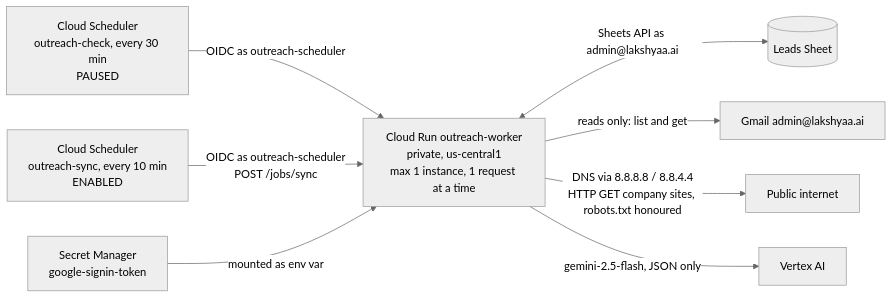
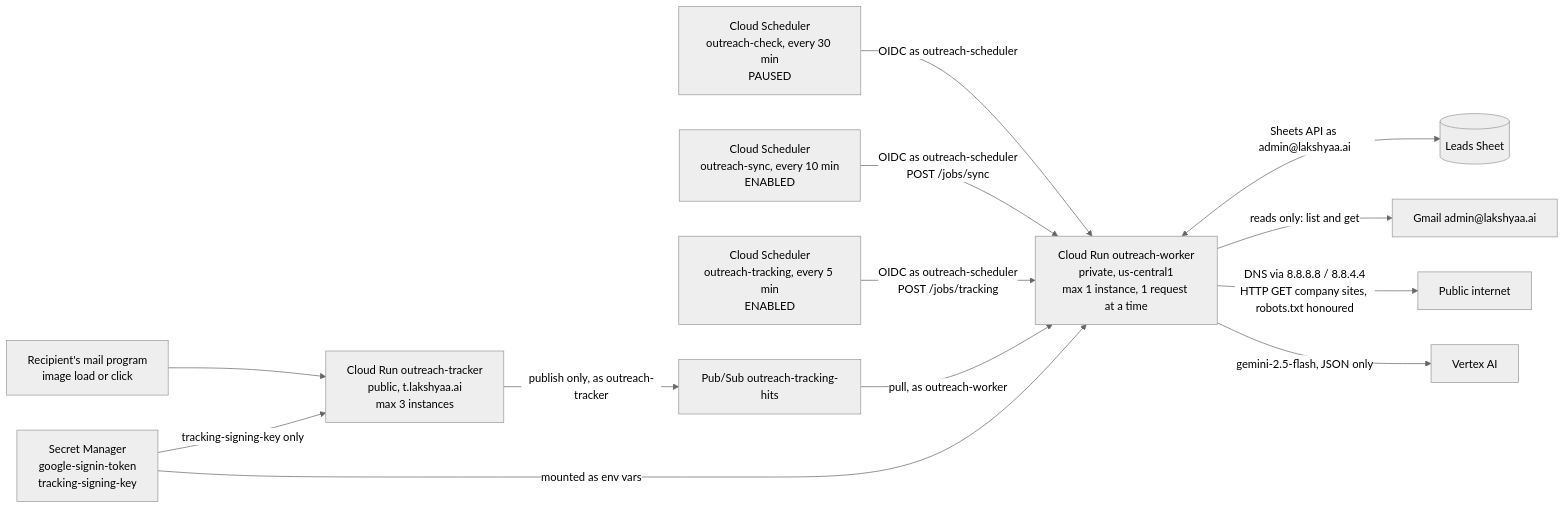
One commit to sivram04/groundtruth-outreach changed the diagram in docs/AS_BUILT.md. Above: the diagram before and after it, drawn with Mermaid (neutral theme). The commit also changed other lines of this file, not shown here.

Commit message:
Record stage 5: tracking built, deployed, smoke-tested; waiting for DNS

````diff
--- a/docs/AS_BUILT.md
+++ b/docs/AS_BUILT.md
@@ -28,10 +28,15 @@
 ```mermaid
 flowchart LR
   SCH[Cloud Scheduler<br/>outreach-check, every 30 min<br/>PAUSED] -->|OIDC as outreach-scheduler| W[Cloud Run outreach-worker<br/>private, us-central1<br/>max 1 instance, 1 request at a time]
   SYN[Cloud Scheduler<br/>outreach-sync, every 10 min<br/>ENABLED] -->|OIDC as outreach-scheduler<br/>POST /jobs/sync| W
-  SM[Secret Manager<br/>google-signin-token] -->|mounted as env var| W
+  TRK[Cloud Scheduler<br/>outreach-tracking, every 5 min<br/>ENABLED] -->|OIDC as outreach-scheduler<br/>POST /jobs/tracking| W
+  R[Recipient's mail program<br/>image load or click] --> T[Cloud Run outreach-tracker<br/>public, t.lakshyaa.ai<br/>max 3 instances]
+  T -->|publish only, as outreach-tracker| Q[Pub/Sub outreach-tracking-hits]
+  Q -->|pull, as outreach-worker| W
+  SM[Secret Manager<br/>google-signin-token<br/>tracking-signing-key] -->|mounted as env vars| W
+  SM -->|tracking-signing-key only| T
   W <-->|Sheets API as admin@lakshyaa.ai| S[(Leads Sheet)]
   W -->|reads only: list and get| G[Gmail admin@lakshyaa.ai]
   W -->|DNS via 8.8.8.8 / 8.8.4.4<br/>HTTP GET company sites, robots.txt honoured| NET[Public internet]
   W -->|gemini-2.5-flash, JSON only| V[Vertex AI]
 ```
````
